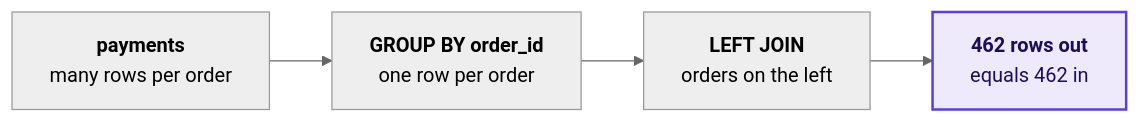
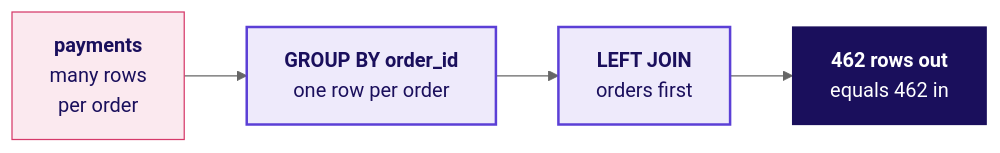
One commit to fde-academy-lab/c2-content-factory changed diagram 11 of 25 in content/W02/D2/slides/C2_W02_D02_half1_STUDENT.md. Above: the diagram before and after it, drawn with Mermaid (neutral theme). The commit also changed other lines of this file and 11 other files, not shown here.

````diff
--- a/content/W02/D2/slides/C2_W02_D02_half1_STUDENT.md
+++ b/content/W02/D2/slides/C2_W02_D02_half1_STUDENT.md
@@ -396,10 +817,12 @@
 ```mermaid
 flowchart LR
-    P["<b>payments</b><br/>many rows per order"] --> A["<b>GROUP BY order_id</b><br/>one row per order"]
-    A --> L["<b>LEFT JOIN</b><br/>orders on the left"]
-    L --> R["<b>462 rows out</b><br/>equals 462 in"]
+    P["<b>payments</b><br/>many rows<br/>per order"] --> G["<b>GROUP BY order_id</b><br/>one row per order"]
+    G --> L["<b>LEFT JOIN</b><br/>orders first"]
+    L --> O["<b>462 rows out</b><br/>equals 462 in"]
+    classDef bad fill:#FBE9EF,stroke:#D63A6A,color:#1A0F5C
     classDef known fill:#EEEAFB,stroke:#5B3FD6,color:#1A0F5C,stroke-width:2px
-    classDef bad fill:#FBE9EF,stroke:#D63A6A,color:#1A0F5C
-    classDef unknown fill:#FFFFFF,stroke:#B8B2D6,color:#6B6690,stroke-dasharray:4 3
-    class R known
+    classDef bet fill:#1A0F5C,stroke:#1A0F5C,color:#FFFFFF
+    class P bad
+    class G,L known
+    class O bet
 ```
````
